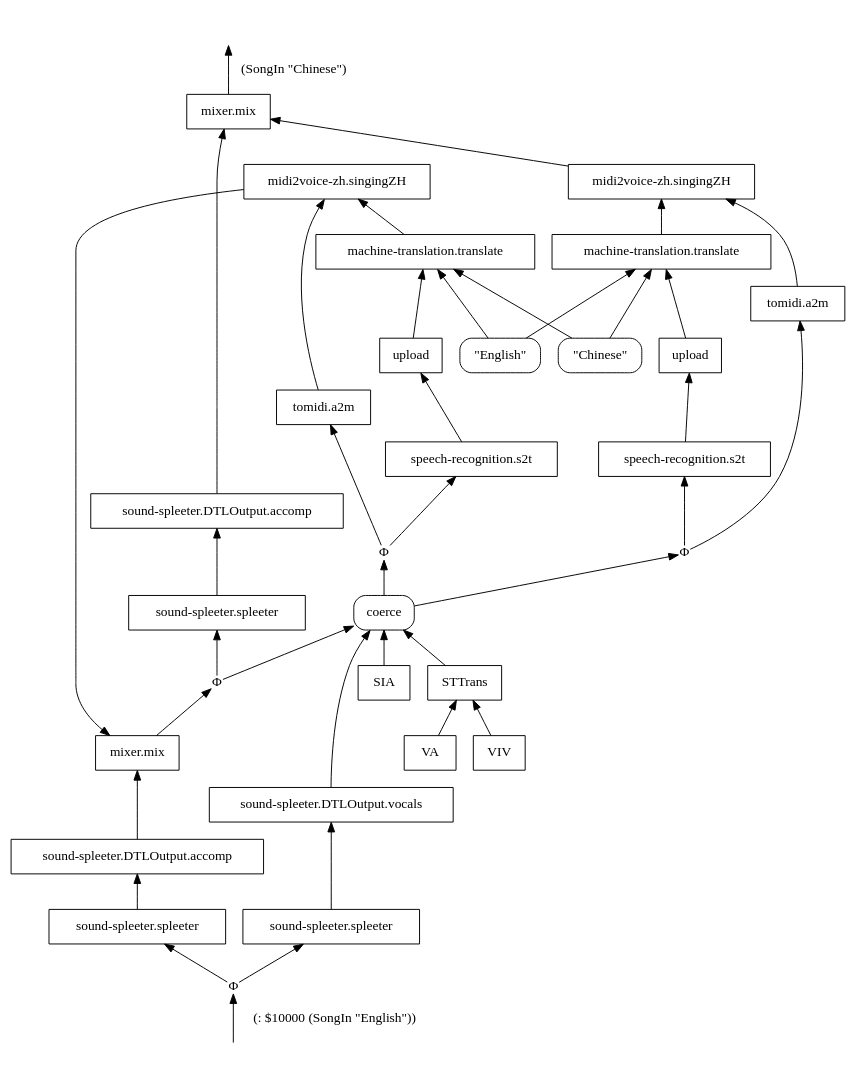
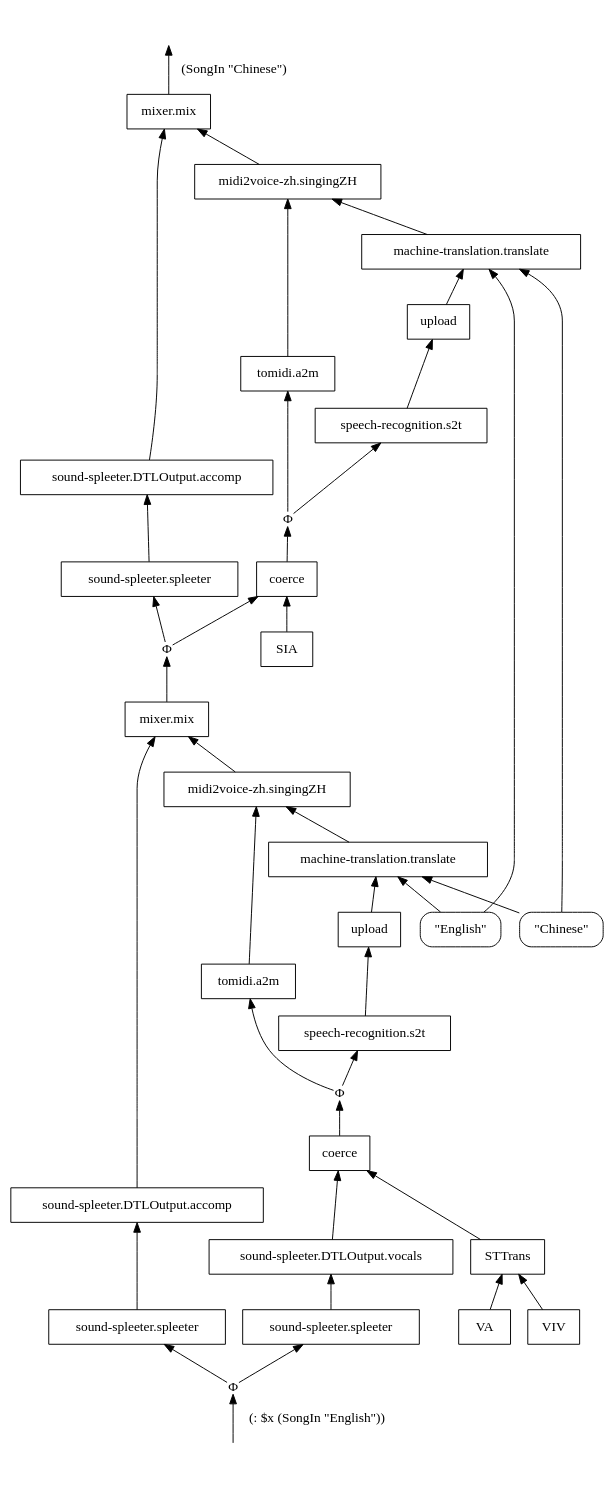
One commit to singnet/ai-dsl changed the diagram in experimental/ai-service-composition/english-to-chinese-song/dots/cnd-6.dot. Above: the diagram before and after it, drawn with Graphviz. The commit also changed 5 other files, not shown here.

```diff
--- a/experimental/ai-service-composition/english-to-chinese-song/dots/cnd-6.dot
+++ b/experimental/ai-service-composition/english-to-chinese-song/dots/cnd-6.dot
@@ -1,76 +1,76 @@
 digraph Flowchart {
 rankdir=BT
 
 "__IN__0" [label="", shape=none]
 "__OUT__0" [label="", shape=none]
-"Φ1002" [label="Φ", shape=plain]
-"mixer.mix3" [label="mixer.mix", shape=box]
-"sound-spleeter.DTLOutput.accomp13" [label="sound-spleeter.DTLOutput.accomp", shape=box]
-"sound-spleeter.spleeter22" [label="sound-spleeter.spleeter", shape=box]
-"Φ1103" [label="Φ", shape=plain]
-"midi2voice-zh.singingZH104" [label="midi2voice-zh.singingZH", shape=box]
-"machine-translation.translate115" [label="machine-translation.translate", shape=box]
+"Φ482292" [label="Φ", shape=plain]
+"mixer.mix521838" [label="mixer.mix", shape=box]
+"sound-spleeter.DTLOutput.accomp666098" [label="sound-spleeter.DTLOutput.accomp", shape=box]
+"sound-spleeter.spleeter469431" [label="sound-spleeter.spleeter", shape=box]
+"Φ520035" [label="Φ", shape=plain]
+"midi2voice-zh.singingZH213203" [label="midi2voice-zh.singingZH", shape=box]
+"machine-translation.translate524488" [label="machine-translation.translate", shape=box]
 "English" [label="\"English\"", shape=box, style=rounded]
 "Chinese" [label="\"Chinese\"", shape=box, style=rounded]
-"upload124" [label="upload", shape=box]
-"speech-recognition.s2t133" [label="speech-recognition.s2t", shape=box]
-"tomidi.a2m203" [label="tomidi.a2m", shape=box]
-coerce [label="coerce", shape=box, style=rounded]
-"SIA122" [label="SIA", shape=box]
-"Φ1011" [label="Φ", shape=plain]
-"mixer.mix12" [label="mixer.mix", shape=box]
-"sound-spleeter.DTLOutput.accomp22" [label="sound-spleeter.DTLOutput.accomp", shape=box]
-"sound-spleeter.spleeter31" [label="sound-spleeter.spleeter", shape=box]
-"Φ1112" [label="Φ", shape=plain]
-"midi2voice-zh.singingZH113" [label="midi2voice-zh.singingZH", shape=box]
-"machine-translation.translate124" [label="machine-translation.translate", shape=box]
+"upload813746" [label="upload", shape=box]
+"speech-recognition.s2t973529" [label="speech-recognition.s2t", shape=box]
+"tomidi.a2m795265" [label="tomidi.a2m", shape=box]
+"coerce259999" [label="coerce", shape=box]
+"SIA478429" [label="SIA", shape=box]
+"Φ302577" [label="Φ", shape=plain]
+"mixer.mix33474" [label="mixer.mix", shape=box]
+"sound-spleeter.DTLOutput.accomp547710" [label="sound-spleeter.DTLOutput.accomp", shape=box]
+"sound-spleeter.spleeter866167" [label="sound-spleeter.spleeter", shape=box]
+"Φ665034" [label="Φ", shape=plain]
+"midi2voice-zh.singingZH897600" [label="midi2voice-zh.singingZH", shape=box]
+"machine-translation.translate838701" [label="machine-translation.translate", shape=box]
 "English" [label="\"English\"", shape=box, style=rounded]
 "Chinese" [label="\"Chinese\"", shape=box, style=rounded]
-"upload133" [label="upload", shape=box]
-"speech-recognition.s2t142" [label="speech-recognition.s2t", shape=box]
-"tomidi.a2m212" [label="tomidi.a2m", shape=box]
-coerce [label="coerce", shape=box, style=rounded]
-"STTrans133" [label="STTrans", shape=box]
-"VA142" [label="VA", shape=box]
-"VIV232" [label="VIV", shape=box]
-"sound-spleeter.DTLOutput.vocals132" [label="sound-spleeter.DTLOutput.vocals", shape=box]
-"sound-spleeter.spleeter141" [label="sound-spleeter.spleeter", shape=box]
+"upload772819" [label="upload", shape=box]
+"speech-recognition.s2t668062" [label="speech-recognition.s2t", shape=box]
+"tomidi.a2m475638" [label="tomidi.a2m", shape=box]
+"coerce500646" [label="coerce", shape=box]
+"STTrans617736" [label="STTrans", shape=box]
+"VA559702" [label="VA", shape=box]
+"VIV853263" [label="VIV", shape=box]
+"sound-spleeter.DTLOutput.vocals339521" [label="sound-spleeter.DTLOutput.vocals", shape=box]
+"sound-spleeter.spleeter272305" [label="sound-spleeter.spleeter", shape=box]
 
-"__IN__0" -> "Φ1011" [label="(: $10000 (SongIn \"English\"))"]
-"mixer.mix3" -> "__OUT__0" [label="(SongIn \"Chinese\")"]
-"mixer.mix12" -> "Φ1002" []
-"Φ1002" -> "sound-spleeter.spleeter22" []
-"Φ1002" -> coerce []
-"sound-spleeter.DTLOutput.accomp13" -> "mixer.mix3" []
-"midi2voice-zh.singingZH104" -> "mixer.mix3" []
-"sound-spleeter.spleeter22" -> "sound-spleeter.DTLOutput.accomp13" []
-coerce -> "Φ1103" []
-"Φ1103" -> "speech-recognition.s2t133" []
-"Φ1103" -> "tomidi.a2m203" []
-"machine-translation.translate115" -> "midi2voice-zh.singingZH104" []
-"tomidi.a2m203" -> "midi2voice-zh.singingZH104" []
-"upload124" -> "machine-translation.translate115" []
-"English" -> "machine-translation.translate115" []
-"Chinese" -> "machine-translation.translate115" []
-"speech-recognition.s2t133" -> "upload124" []
-"SIA122" -> coerce []
-"Φ1011" -> "sound-spleeter.spleeter31" []
-"Φ1011" -> "sound-spleeter.spleeter141" []
-"sound-spleeter.DTLOutput.accomp22" -> "mixer.mix12" []
-"midi2voice-zh.singingZH113" -> "mixer.mix12" []
-"sound-spleeter.spleeter31" -> "sound-spleeter.DTLOutput.accomp22" []
-coerce -> "Φ1112" []
-"Φ1112" -> "speech-recognition.s2t142" []
-"Φ1112" -> "tomidi.a2m212" []
-"machine-translation.translate124" -> "midi2voice-zh.singingZH113" []
-"tomidi.a2m212" -> "midi2voice-zh.singingZH113" []
-"upload133" -> "machine-translation.translate124" []
-"English" -> "machine-translation.translate124" []
-"Chinese" -> "machine-translation.translate124" []
-"speech-recognition.s2t142" -> "upload133" []
-"sound-spleeter.DTLOutput.vocals132" -> coerce []
-"STTrans133" -> coerce []
-"VA142" -> "STTrans133" []
-"VIV232" -> "STTrans133" []
-"sound-spleeter.spleeter141" -> "sound-spleeter.DTLOutput.vocals132" []
+"__IN__0" -> "Φ302577" [label="(: $x (SongIn \"English\"))"]
+"mixer.mix521838" -> "__OUT__0" [label="(SongIn \"Chinese\")"]
+"mixer.mix33474" -> "Φ482292" []
+"Φ482292" -> "sound-spleeter.spleeter469431" []
+"Φ482292" -> "coerce259999" []
+"sound-spleeter.DTLOutput.accomp666098" -> "mixer.mix521838" []
+"midi2voice-zh.singingZH213203" -> "mixer.mix521838" []
+"sound-spleeter.spleeter469431" -> "sound-spleeter.DTLOutput.accomp666098" []
+"coerce259999" -> "Φ520035" []
+"Φ520035" -> "speech-recognition.s2t973529" []
+"Φ520035" -> "tomidi.a2m795265" []
+"machine-translation.translate524488" -> "midi2voice-zh.singingZH213203" []
+"tomidi.a2m795265" -> "midi2voice-zh.singingZH213203" []
+"upload813746" -> "machine-translation.translate524488" []
+"English" -> "machine-translation.translate524488" []
+"Chinese" -> "machine-translation.translate524488" []
+"speech-recognition.s2t973529" -> "upload813746" []
+"SIA478429" -> "coerce259999" []
+"Φ302577" -> "sound-spleeter.spleeter866167" []
+"Φ302577" -> "sound-spleeter.spleeter272305" []
+"sound-spleeter.DTLOutput.accomp547710" -> "mixer.mix33474" []
+"midi2voice-zh.singingZH897600" -> "mixer.mix33474" []
+"sound-spleeter.spleeter866167" -> "sound-spleeter.DTLOutput.accomp547710" []
+"coerce500646" -> "Φ665034" []
+"Φ665034" -> "speech-recognition.s2t668062" []
+"Φ665034" -> "tomidi.a2m475638" []
+"machine-translation.translate838701" -> "midi2voice-zh.singingZH897600" []
+"tomidi.a2m475638" -> "midi2voice-zh.singingZH897600" []
+"upload772819" -> "machine-translation.translate838701" []
+"English" -> "machine-translation.translate838701" []
+"Chinese" -> "machine-translation.translate838701" []
+"speech-recognition.s2t668062" -> "upload772819" []
+"sound-spleeter.DTLOutput.vocals339521" -> "coerce500646" []
+"STTrans617736" -> "coerce500646" []
+"VA559702" -> "STTrans617736" []
+"VIV853263" -> "STTrans617736" []
+"sound-spleeter.spleeter272305" -> "sound-spleeter.DTLOutput.vocals339521" []
 }
```
